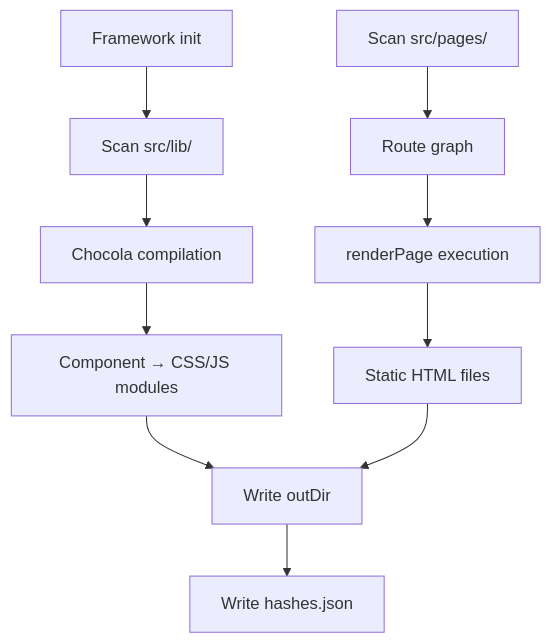
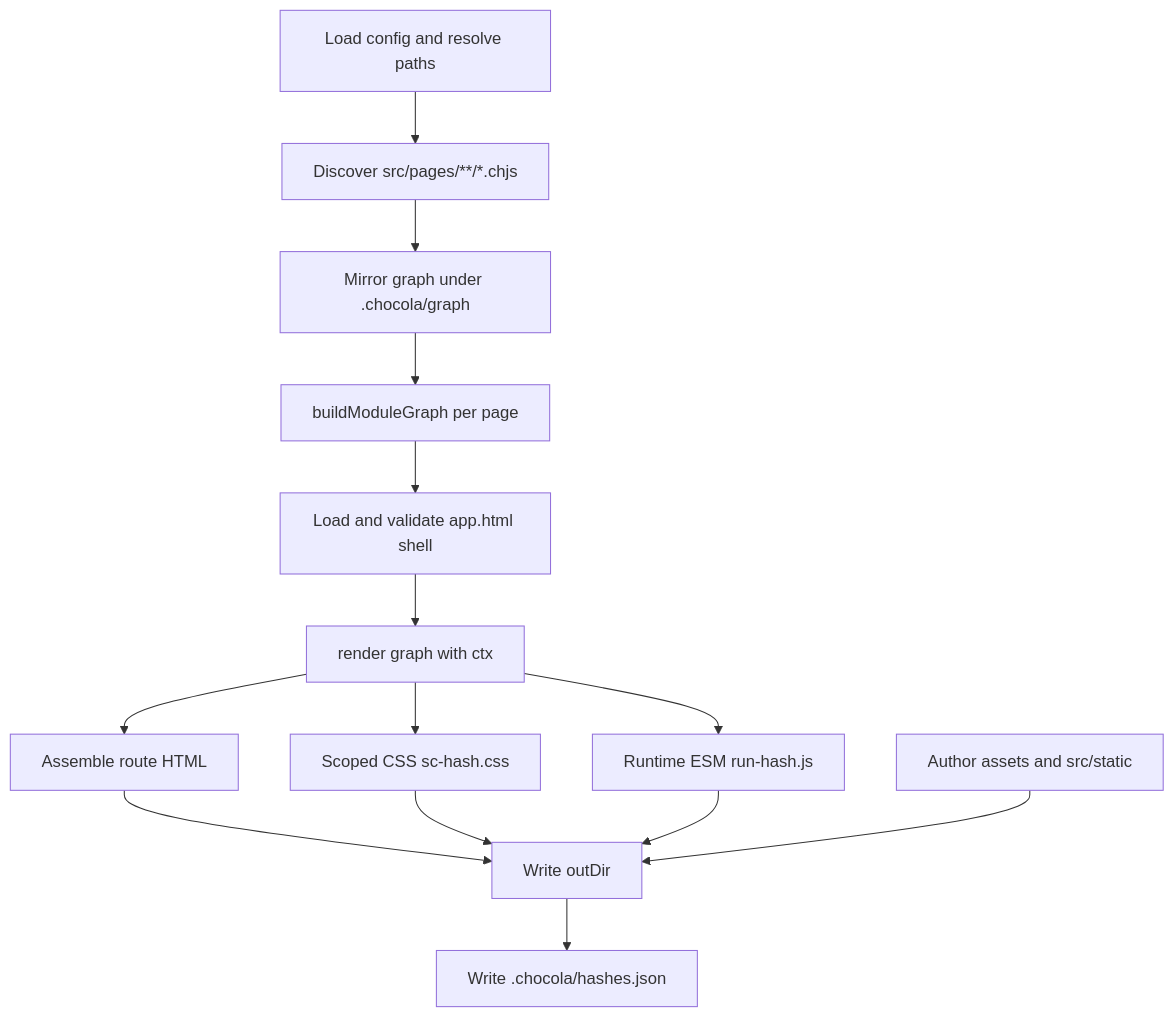
The diagram in documentation/03-architecture/06-deployment.md (chocolajs/kit), drawn with Mermaid before and after one commit. The commit also changed other lines of this file and 13 other files, not shown here.

````diff
--- a/documentation/03-architecture/06-deployment.md
+++ b/documentation/03-architecture/06-deployment.md
@@ -10,11 +10,16 @@
 ```mermaid
 flowchart TD
-    A[Framework init] --> B[Scan src/lib/]
-    B --> C[Chocola compilation]
-    C --> D[Component → CSS/JS modules]
-    E[Scan src/pages/] --> F[Route graph]
-    F --> G[renderPage execution]
-    G --> H[Static HTML files]
-    D & H --> I[Write outDir]
-    I --> J[Write hashes.json]
+    A[Load config and resolve paths] --> B[Discover src/pages/**/*.chjs]
+    B --> C[Mirror graph under .chocola/graph]
+    C --> D[buildModuleGraph per page]
+    D --> E[Load and validate app.html shell]
+    E --> F[render graph with ctx]
+    F --> G[Scoped CSS sc-hash.css]
+    F --> H[Runtime ESM run-hash.js]
+    F --> I[Assemble route HTML]
+    I --> J[Write outDir]
+    G --> J
+    H --> J
+    K[Author assets and src/static] --> J
+    J --> L[Write .chocola/hashes.json]
 ```
````
